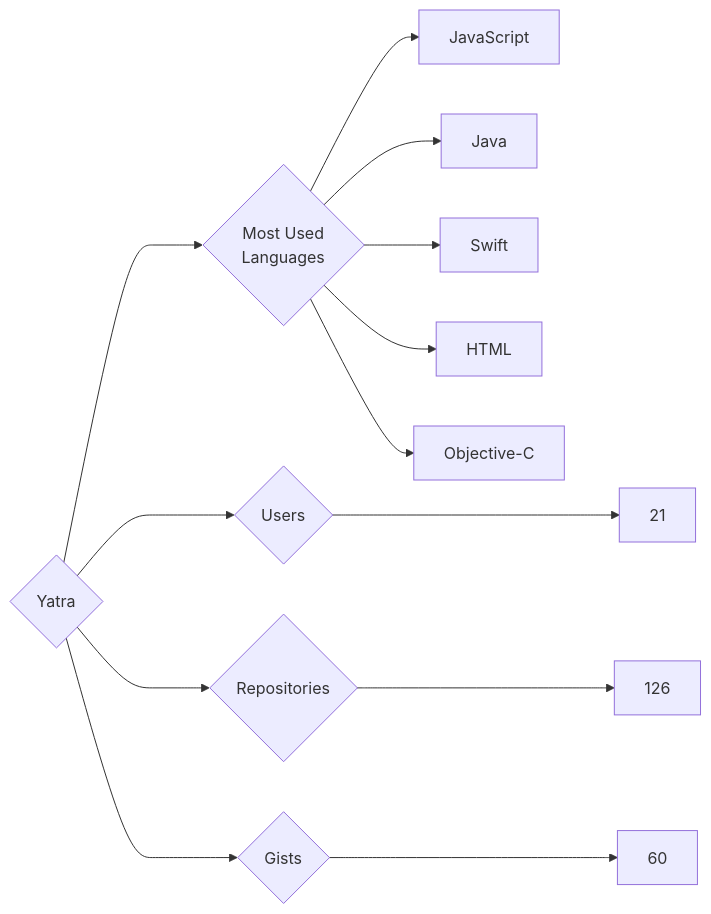
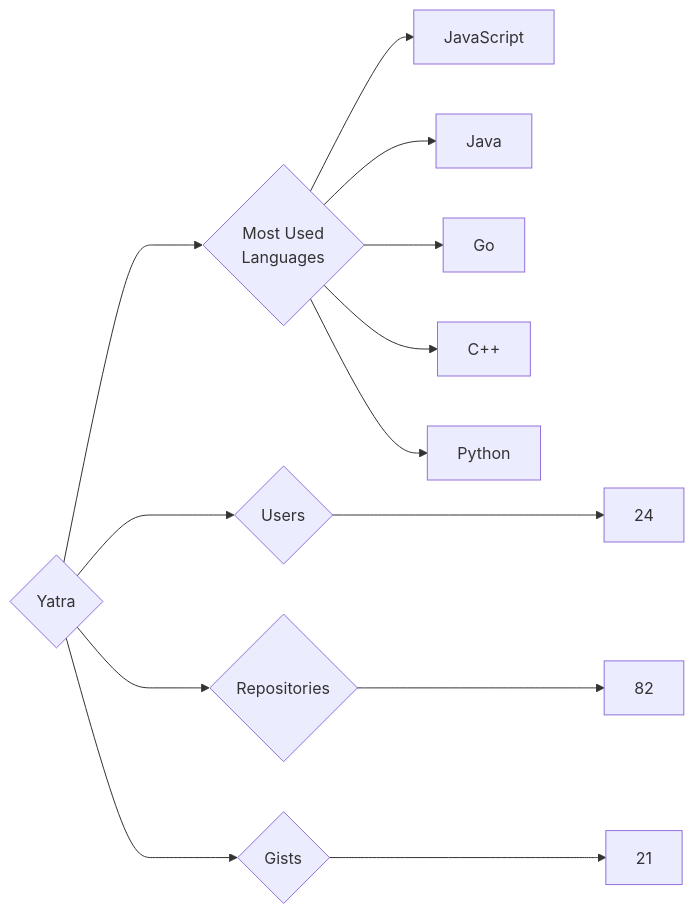
One commit to trickest/insiders changed the diagram in targets/Yatra/README.md. Above: the diagram before and after it, drawn with Mermaid. The commit also changed 728 other files, not shown here.

````diff
--- a/targets/Yatra/README.md
+++ b/targets/Yatra/README.md
@@ -3,13 +3,13 @@
 ```mermaid
 graph LR
 COMPANY_NAME{Yatra}
-COMPANY_NAME ---> U{Users} ---> UN[21]
-COMPANY_NAME ---> R{Repositories} ---> RN[126]
-COMPANY_NAME ---> G{Gists} ---> GN[60]
+COMPANY_NAME ---> U{Users} ---> UN[24]
+COMPANY_NAME ---> R{Repositories} ---> RN[82]
+COMPANY_NAME ---> G{Gists} ---> GN[21]
 COMPANY_NAME ---> ML{Most Used<br>Languages}
 ML --> JavaScript[JavaScript]
 ML --> Java[Java]
-ML --> Swift[Swift]
-ML --> HTML[HTML]
-ML --> Objective-C[Objective-C]
+ML --> Go[Go]
+ML --> C++[C++]
+ML --> Python[Python]
 ```
````
